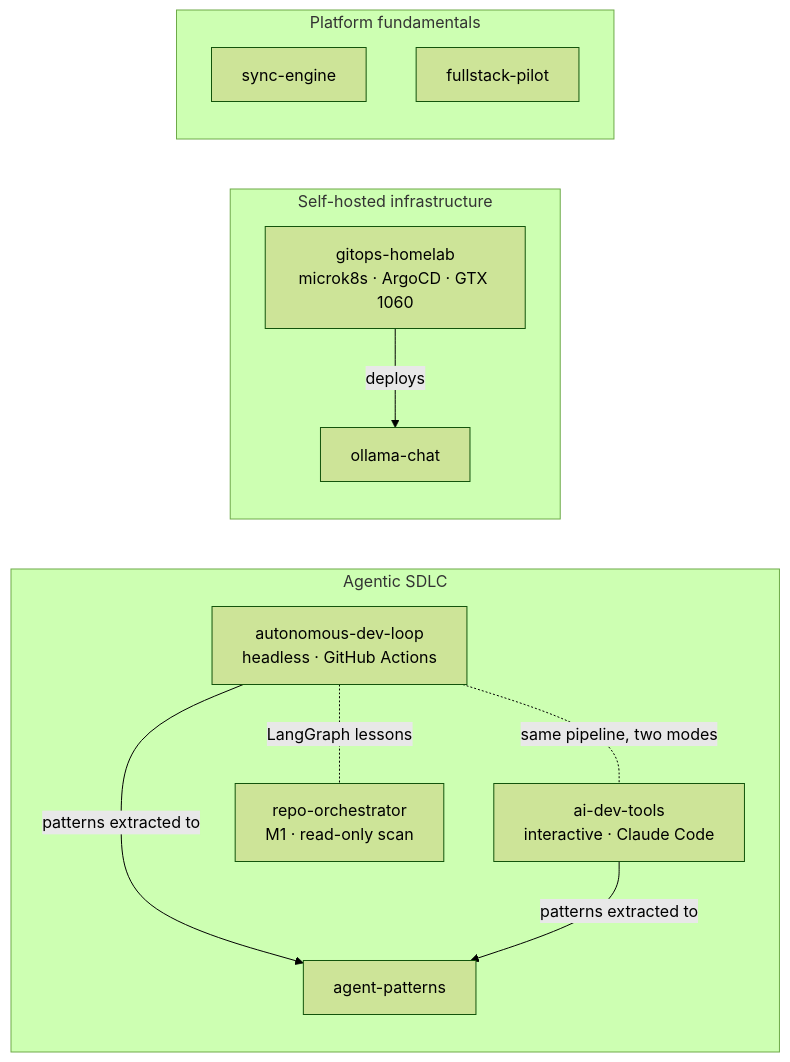
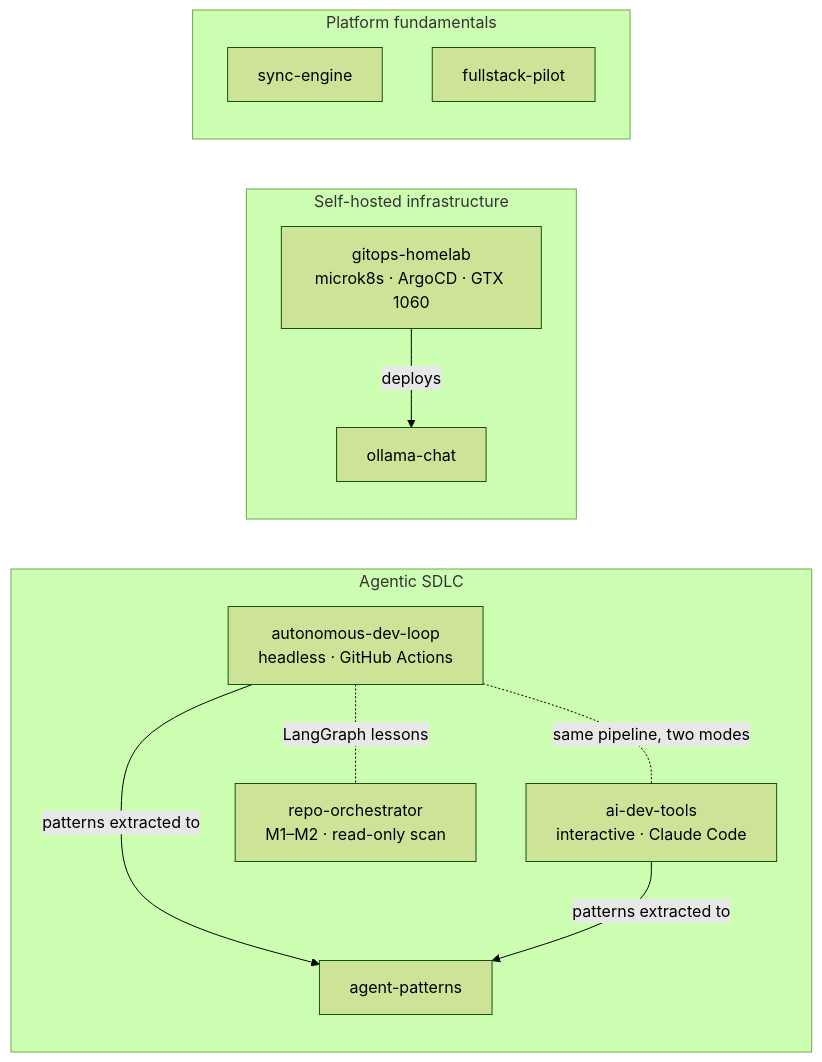
Before and after one commit to koydas/koydas: the diagram in README.md, drawn with Mermaid (forest theme). The commit also changed other lines of this file and 8 other files, not shown here.

````diff
--- a/README.md
+++ b/README.md
@@ -30,22 +30,22 @@
 ```mermaid
 flowchart LR
     subgraph sdlc["Agentic SDLC"]
         adl["autonomous-dev-loop<br/>headless · GitHub Actions"]
         adt["ai-dev-tools<br/>interactive · Claude Code"]
         ap["agent-patterns"]
-        ro["repo-orchestrator<br/>M1 · read-only scan"]
+        ro["repo-orchestrator<br/>M1–M2 · read-only scan"]
     end
     subgraph infra["Self-hosted infrastructure"]
         gh["gitops-homelab<br/>microk8s · ArgoCD · GTX 1060"]
         oc["ollama-chat"]
     end
     subgraph fund["Platform fundamentals"]
         se["sync-engine"]
         fp["fullstack-pilot"]
     end
     adl -- "patterns extracted to" --> ap
     adt -- "patterns extracted to" --> ap
     adl -.-|"same pipeline, two modes"| adt
     adl -.-|"LangGraph lessons"| ro
     gh -- "deploys" --> oc
 ```
````
